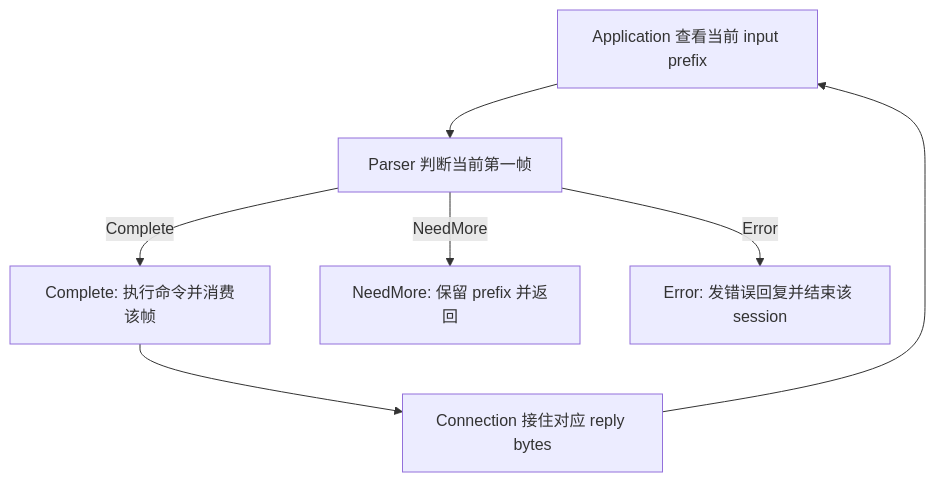
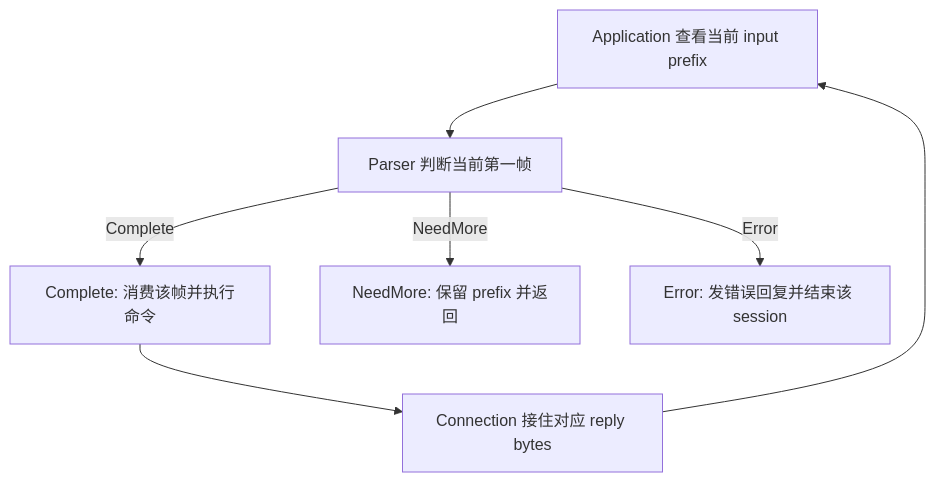
The second of 2 diagrams in week12/day5/day5.md (FxorG00/system-learning-notes), drawn with Mermaid before and after one commit. The commit also changed other lines of this file and 6 other files, not shown here.

````diff
--- a/week12/day5/day5.md
+++ b/week12/day5/day5.md
@@ -519,15 +540,15 @@
 ```mermaid
 graph TD
     A["Application 查看当前 input prefix"]
     B["Parser 判断当前第一帧"]
-    C["Complete: 执行命令并消费该帧"]
+    C["Complete: 消费该帧并执行命令"]
     D["Connection 接住对应 reply bytes"]
     E["NeedMore: 保留 prefix 并返回"]
     F["Error: 发错误回复并结束该 session"]
     A --> B
     B -->|Complete| C
     C --> D
     D --> A
     B -->|NeedMore| E
     B -->|Error| F
 ```
````
